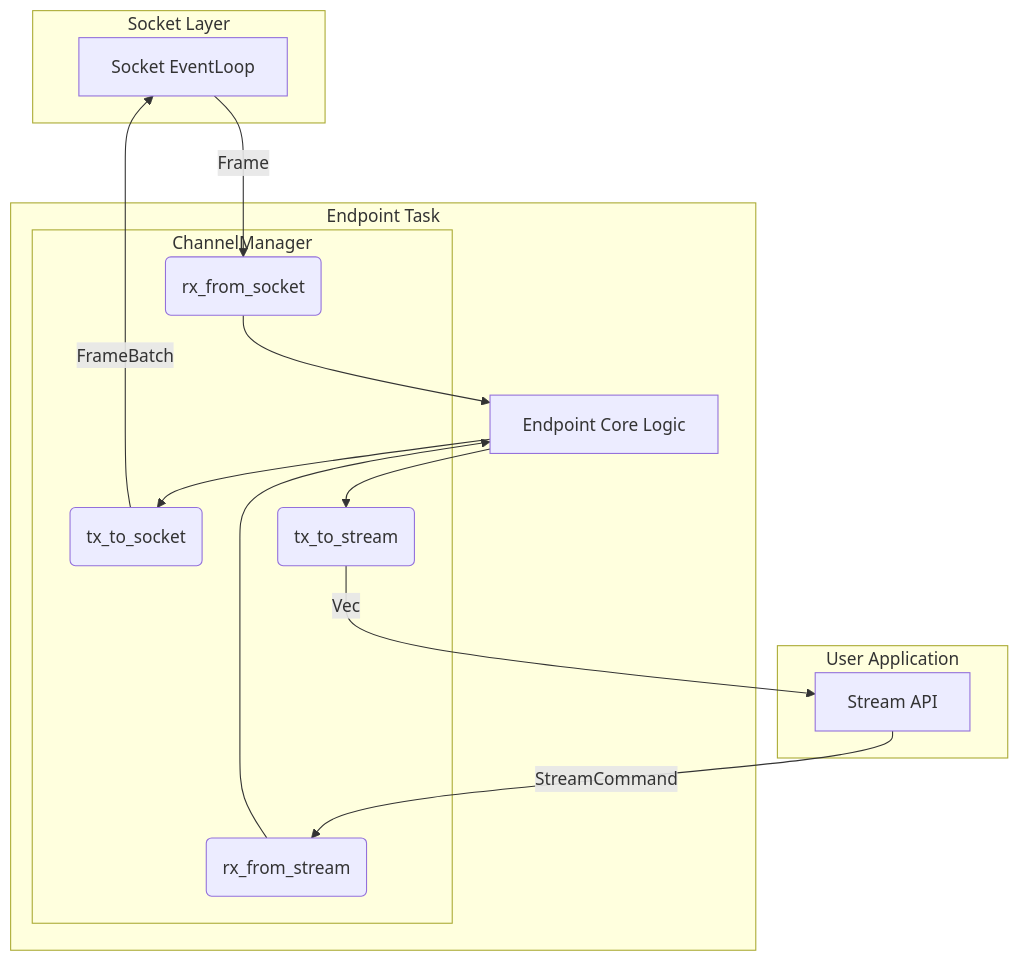
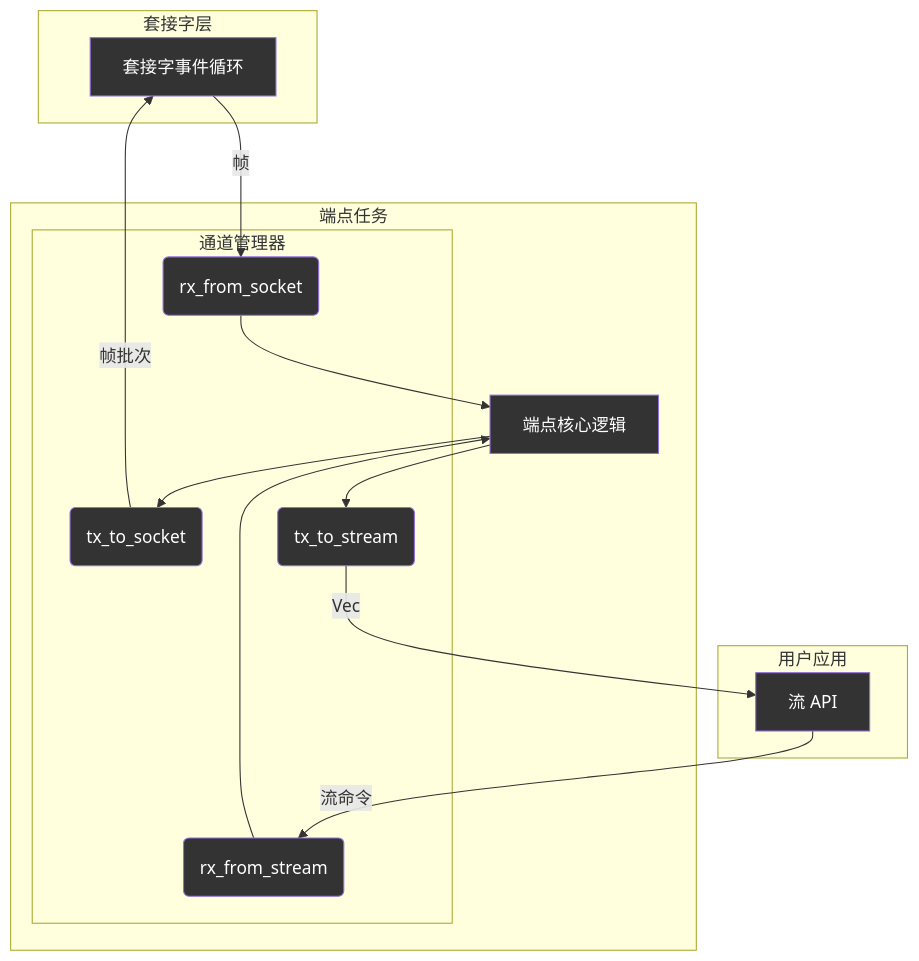
The diagram in docs/src/dev-docs/components/endpoint/types.md (ShaoG-R/kestrel-protocol), drawn with Mermaid before and after one commit. The commit also changed 5 other files, not shown here.

````diff
--- a/docs/src/dev-docs/components/endpoint/types.md
+++ b/docs/src/dev-docs/components/endpoint/types.md
@@ -77,31 +77,39 @@
 ```mermaid
 graph TD
-    subgraph "Socket Layer"
-        A[Socket EventLoop]
+    subgraph "套接字层"
+        A[套接字事件循环]
     end
     
-    subgraph "User Application"
-        B[Stream API]
+    subgraph "用户应用"
+        B[流 API]
     end
 
-    subgraph "Endpoint Task"
-        subgraph "ChannelManager"
+    subgraph "端点任务"
+        subgraph "通道管理器"
             C(rx_from_socket)
             D(tx_to_socket)
             E(rx_from_stream)
             F(tx_to_stream)
         end
-        G[Endpoint Core Logic]
+        G[端点核心逻辑]
     end
 
-    A -- "Frame" --> C
-    D -- "FrameBatch" --> A
+    A -- "帧" --> C
+    D -- "帧批次" --> A
     
-    B -- "StreamCommand" --> E
+    B -- "流命令" --> E
     F -- "Vec<Bytes>" --> B
 
     C --> G
     E --> G
     G --> D
     G --> F
+
+    style A fill:#333,color:#fff
+    style B fill:#333,color:#fff
+    style C fill:#333,color:#fff
+    style D fill:#333,color:#fff
+    style E fill:#333,color:#fff
+    style F fill:#333,color:#fff
+    style G fill:#333,color:#fff
 ```
````
